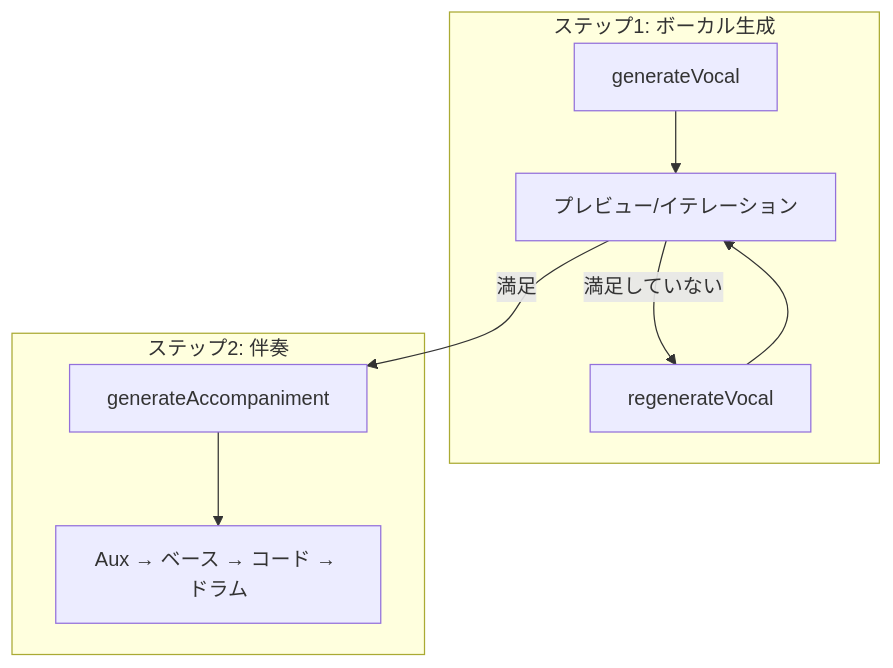
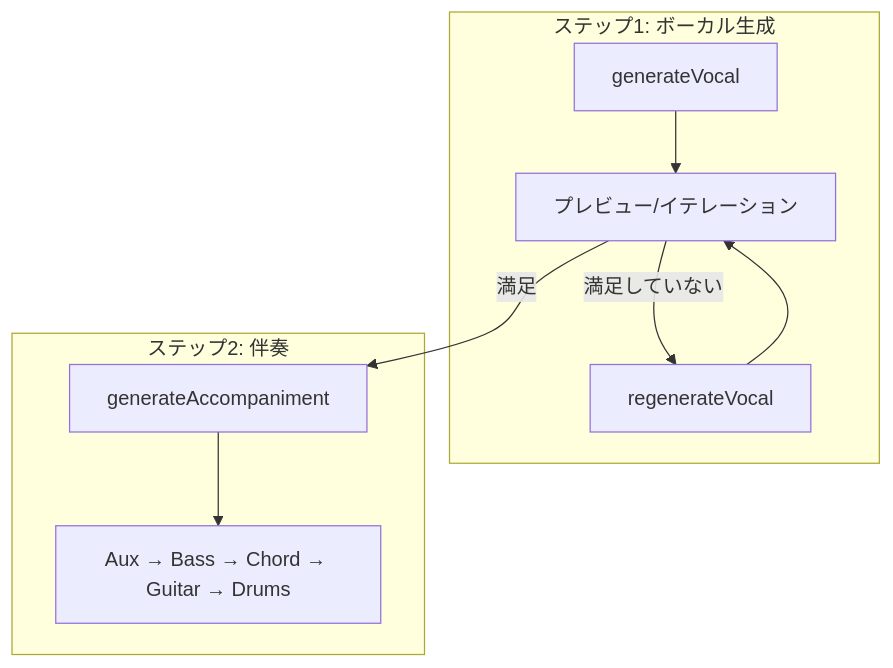
The first of 7 diagrams in src/ja/docs/generation-pipeline.md (libraz/midi-sketch-homepage), drawn with Mermaid before and after one commit. The commit also changed other lines of this file and 24 other files, not shown here.

````diff
--- a/src/ja/docs/generation-pipeline.md
+++ b/src/ja/docs/generation-pipeline.md
@@ -17,15 +17,15 @@
 ```mermaid
 flowchart TD
     subgraph Step1 ["ステップ1: ボーカル生成"]
         V1[generateVocal] --> V2["プレビュー/イテレーション"]
         V2 -->|満足していない| V3[regenerateVocal]
         V3 --> V2
     end
 
     subgraph Step2 ["ステップ2: 伴奏"]
         A1[generateAccompaniment]
-        A1 --> A2["Aux → ベース → コード → ドラム"]
+        A1 --> A2["Aux → Bass → Chord → Guitar → Drums"]
     end
 
     V2 -->|満足| A1
 ```
````
